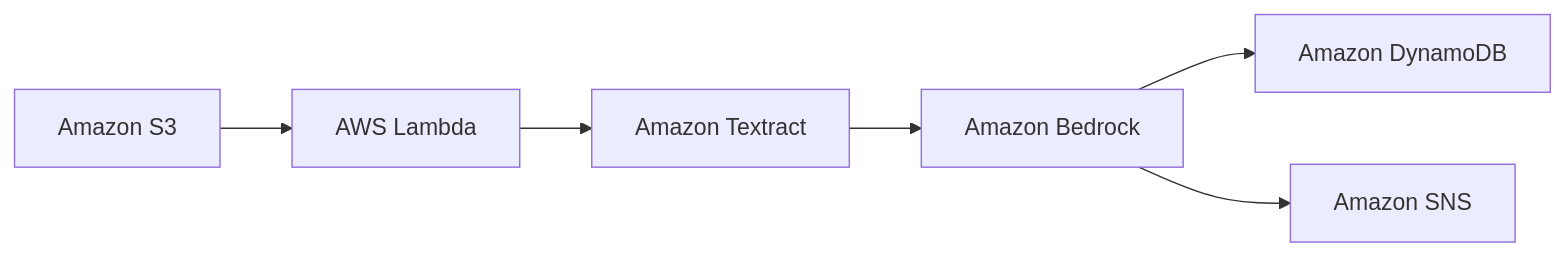
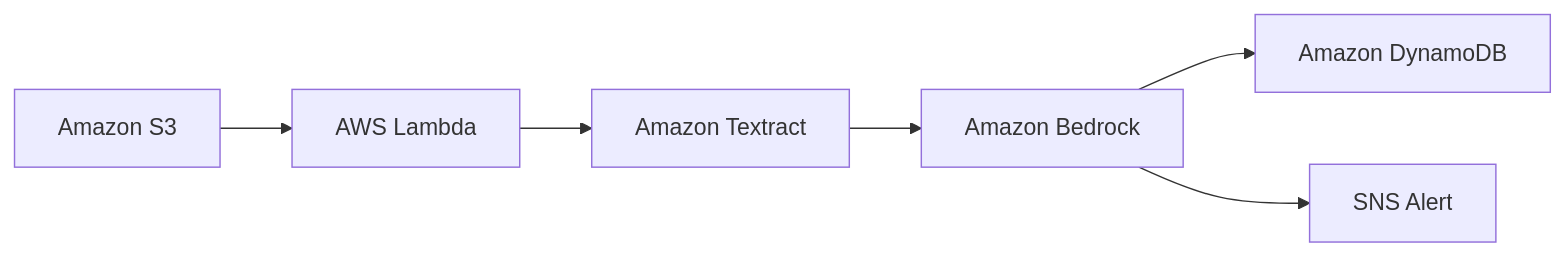
One commit to nathanielkay11-tech/aws-ai-document-pipeline changed the diagram in README.md. Above: the diagram before and after it, drawn with Mermaid.

Commit message:
docs: add architecture diagram

````diff
--- a/README.md
+++ b/README.md
@@ -23,8 +23,8 @@
 ```mermaid
 graph LR
     A[Amazon S3] --> B[AWS Lambda]
     B --> C[Amazon Textract]
     C --> D[Amazon Bedrock]
     D --> E[Amazon DynamoDB]
-    D --> F[Amazon SNS]
+    D --> F[SNS Alert]
 ```
````
